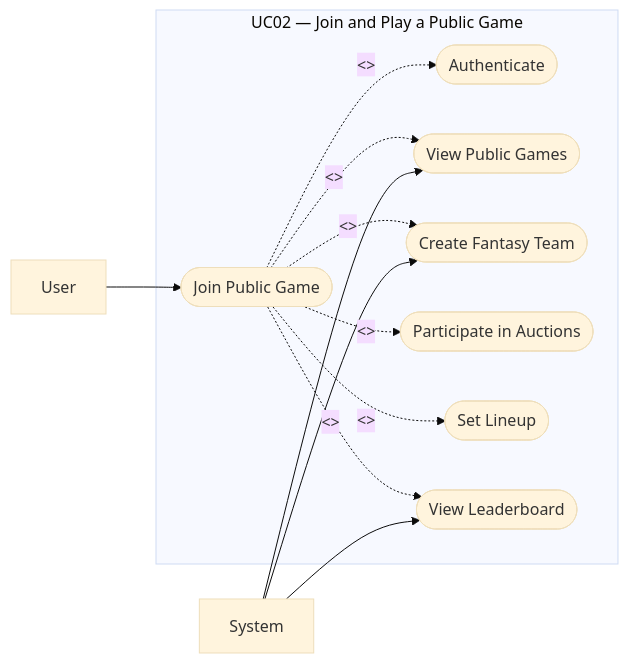
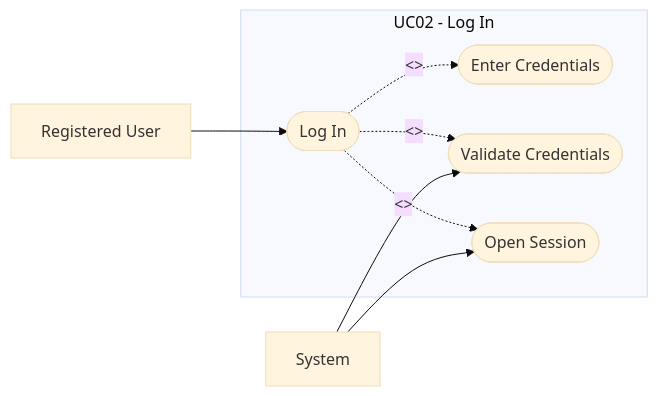
Before and after one commit to lschvn/league-of-fantasy: the diagram in docs/uc/02.md, drawn with Mermaid (base theme). The commit also changed other lines of this file and 14 other files, not shown here.

````diff
--- a/docs/uc/02.md
+++ b/docs/uc/02.md
@@ -76,27 +64,20 @@
 ```mermaid
 graph LR
-    User["User"]
+    User["Registered User"]
     System["System"]
 
-    subgraph "UC02 — Join and Play a Public Game"
-        UC02(["Join Public Game"])
-        UC_Auth(["Authenticate"])
-        UC_Browse(["View Public Games"])
-        UC_CreateTeam(["Create Fantasy Team"])
-        UC_Auctions(["Participate in Auctions"])
-        UC_Lineup(["Set Lineup"])
-        UC_Leaderboard(["View Leaderboard"])
+    subgraph "UC02 - Log In"
+        UC02(["Log In"])
+        UC_Enter(["Enter Credentials"])
+        UC_Validate(["Validate Credentials"])
+        UC_Open(["Open Session"])
     end
 
     User --> UC02
-    UC02 -. "<<include>>" .-> UC_Auth
-    UC02 -. "<<include>>" .-> UC_Browse
-    UC02 -. "<<include>>" .-> UC_CreateTeam
-    UC02 -. "<<include>>" .-> UC_Auctions
-    UC02 -. "<<include>>" .-> UC_Lineup
-    UC02 -. "<<include>>" .-> UC_Leaderboard
+    UC02 -. "<<include>>" .-> UC_Enter
+    UC02 -. "<<include>>" .-> UC_Validate
+    UC02 -. "<<include>>" .-> UC_Open
 
-    System --> UC_Browse
-    System --> UC_CreateTeam
-    System --> UC_Leaderboard
+    System --> UC_Validate
+    System --> UC_Open
 ```
````
